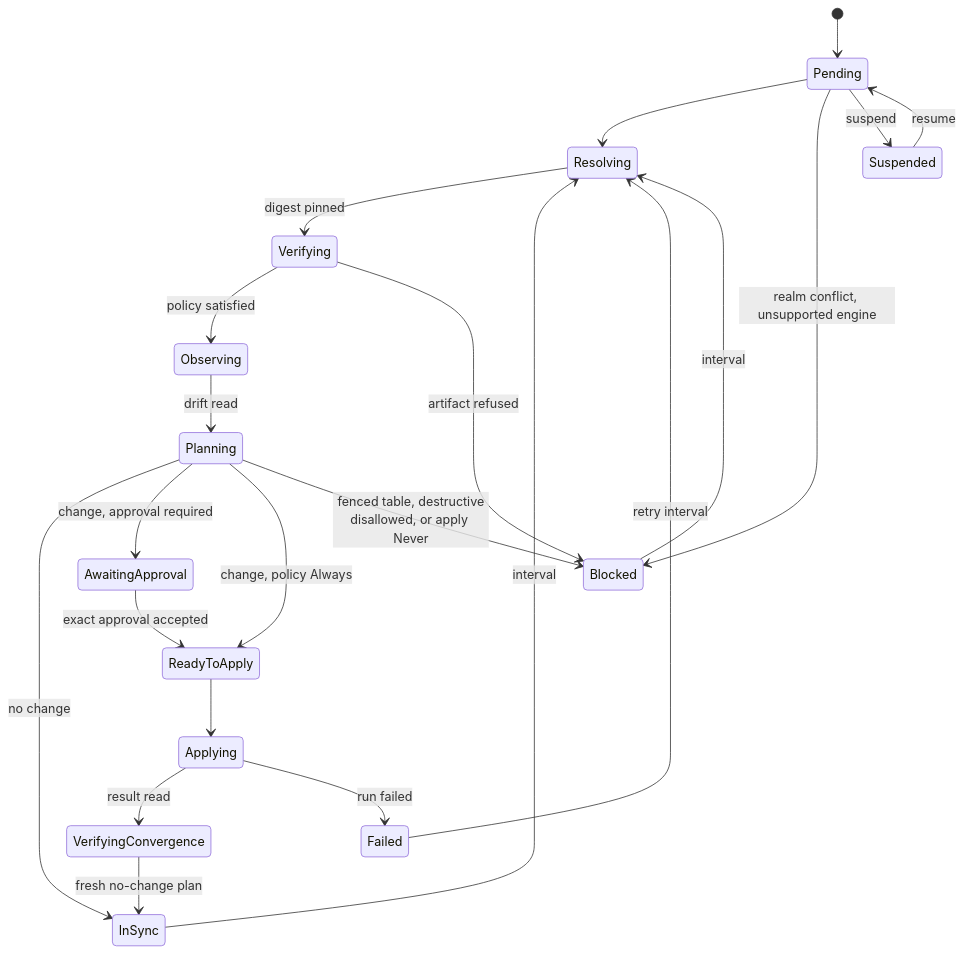
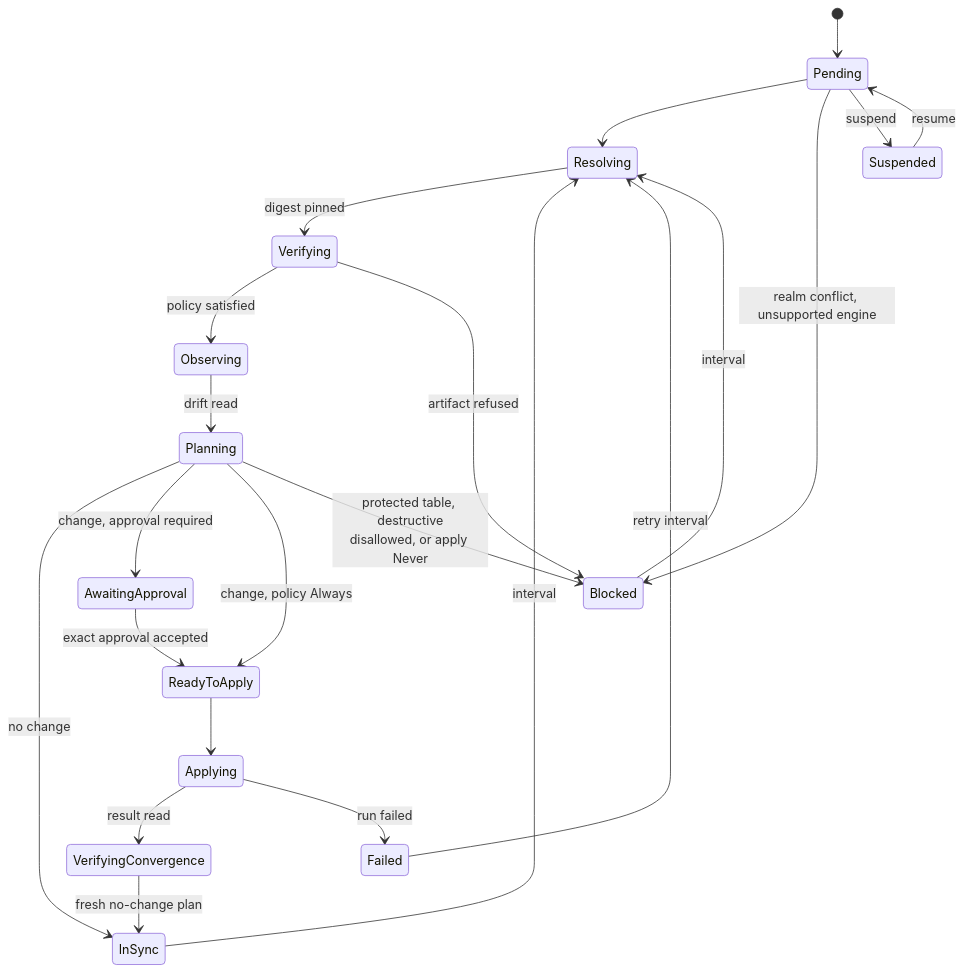
One commit to stokaro/ptah-operator changed the second of 5 diagrams in docs/site/src/content/docs/reference/architecture.md. Above: the diagram before and after it, drawn with Mermaid. The commit also changed other lines of this file, not shown here.

````diff
--- a/docs/site/src/content/docs/reference/architecture.md
+++ b/docs/site/src/content/docs/reference/architecture.md
@@ -154,24 +183,24 @@
 ```mermaid
 stateDiagram-v2
   [*] --> Pending
   Pending --> Resolving
   Resolving --> Verifying: digest pinned
   Verifying --> Observing: policy satisfied
   Observing --> Planning: drift read
   Planning --> InSync: no change
   Planning --> AwaitingApproval: change, approval required
   Planning --> ReadyToApply: change, policy Always
   AwaitingApproval --> ReadyToApply: exact approval accepted
   ReadyToApply --> Applying
   Applying --> VerifyingConvergence: result read
   VerifyingConvergence --> InSync: fresh no-change plan
   InSync --> Resolving: interval
   Blocked --> Resolving: interval
   Verifying --> Blocked: artifact refused
-  Planning --> Blocked: fenced table, destructive<br/>disallowed, or apply Never
+  Planning --> Blocked: protected table, destructive<br/>disallowed, or apply Never
   Pending --> Blocked: realm conflict, unsupported engine
   Applying --> Failed: run failed
   Failed --> Resolving: retry interval
   Pending --> Suspended: suspend
   Suspended --> Pending: resume
 ```
````
